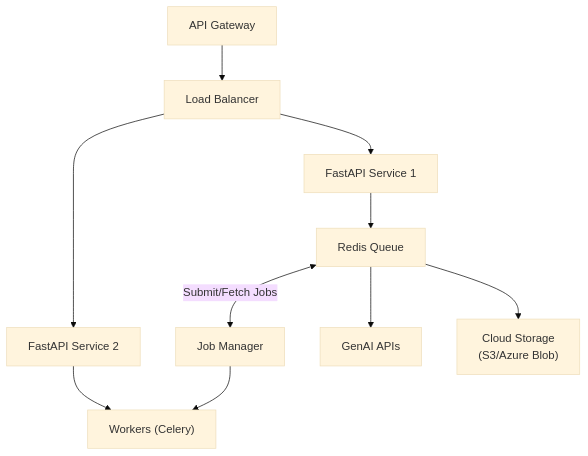
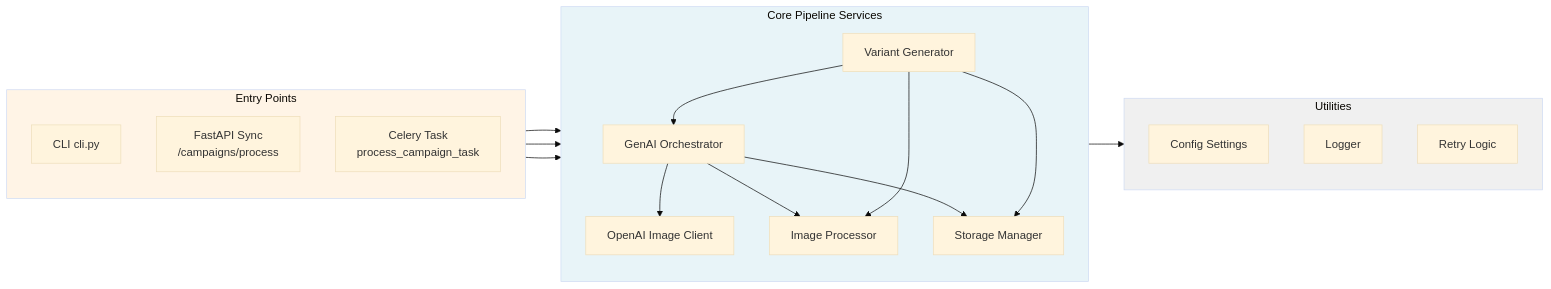
Before and after one commit to sharan1303/creative-ai: the fourth of 6 diagrams in README.md, drawn with Mermaid (base theme). The commit also changed other lines of this file, not shown here.

First line of the commit message:
docs(readme): Enhance README with detailed FastAPI architecture and processing modes

````diff
--- a/README.md
+++ b/README.md
@@ -305,21 +331,42 @@
 ```mermaid
-flowchart TD
-
-    %% Entry Points
-    A[API Gateway] --> B[Load Balancer]
-
-    %% Load Balancer Routes
-    B --> C1[FastAPI Service 1]
-    B --> C2[FastAPI Service 2]
-
-    %% Job Manager and Queue
-    C1 --> D[Redis Queue]
-    C2 --> F
-    D <-->|Submit/Fetch Jobs| E[Job Manager]
-    E --> F["Workers (Celery)"]
-
-    %% External Integrations
-    D --> G["GenAI APIs"]
-    D --> H["Cloud Storage
-    (S3/Azure Blob)"]
+flowchart LR
+    subgraph Core["Core Pipeline Services"]
+        direction TB
+        A[GenAI Orchestrator]
+        B[OpenAI Image Client]
+        C[Image Processor]
+        D[Storage Manager]
+        E[Variant Generator]
+        
+        A --> B
+        A --> C
+        A --> D
+        E --> A
+        E --> C
+        E --> D
+    end
+    
+    subgraph Entry["Entry Points"]
+        direction TB
+        F[CLI cli.py]
+        G[FastAPI Sync<br/>/campaigns/process]
+        H[Celery Task<br/>process_campaign_task]
+    end
+    
+    subgraph Utils["Utilities"]
+        direction TB
+        I[Config Settings]
+        J[Logger]
+        K[Retry Logic]
+    end
+    
+    F --> Core
+    G --> Core
+    H --> Core
+    
+    Core --> Utils
+    
+    style Core fill:#E8F4F8
+    style Entry fill:#FFF4E6
+    style Utils fill:#F0F0F0
 ```
````
